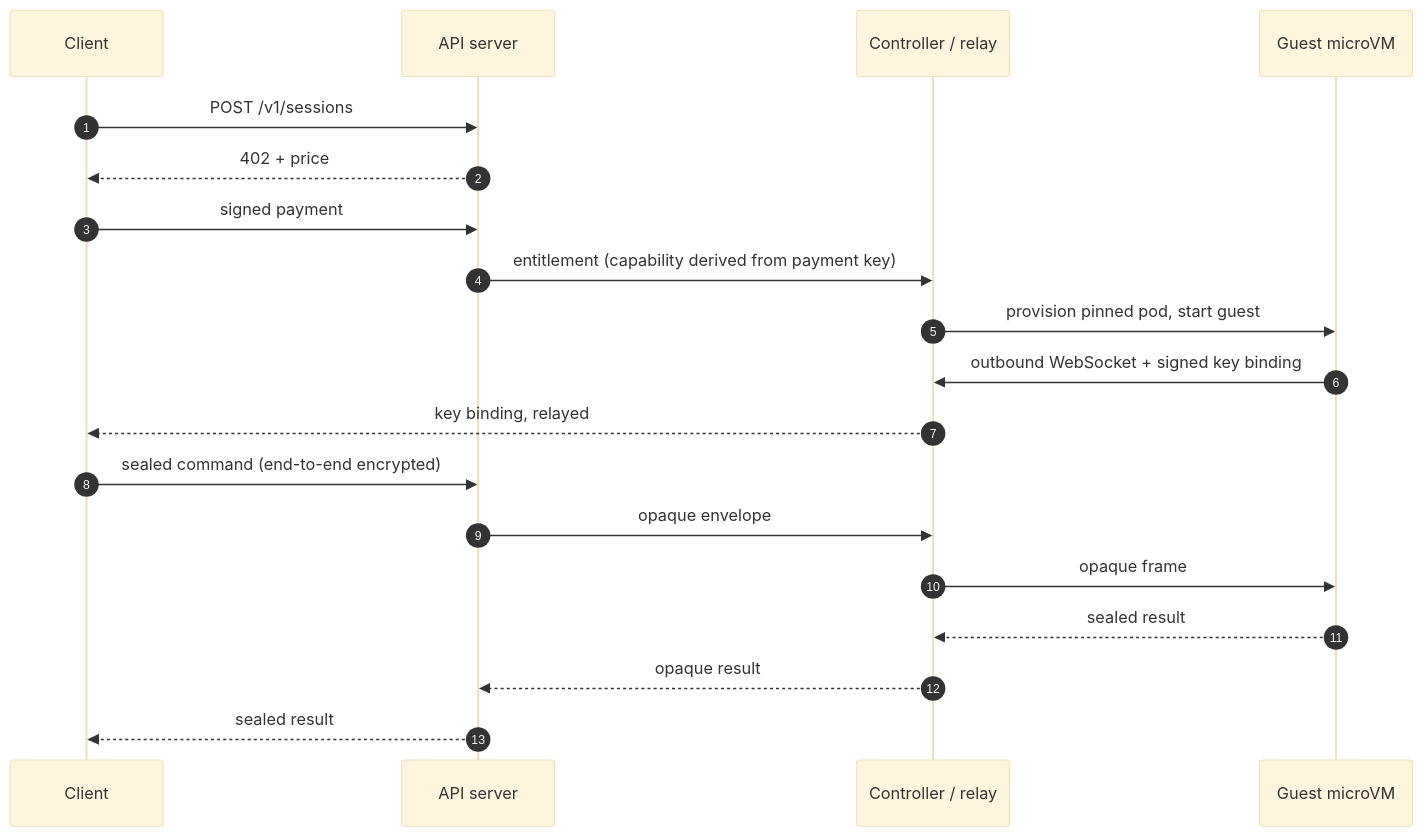
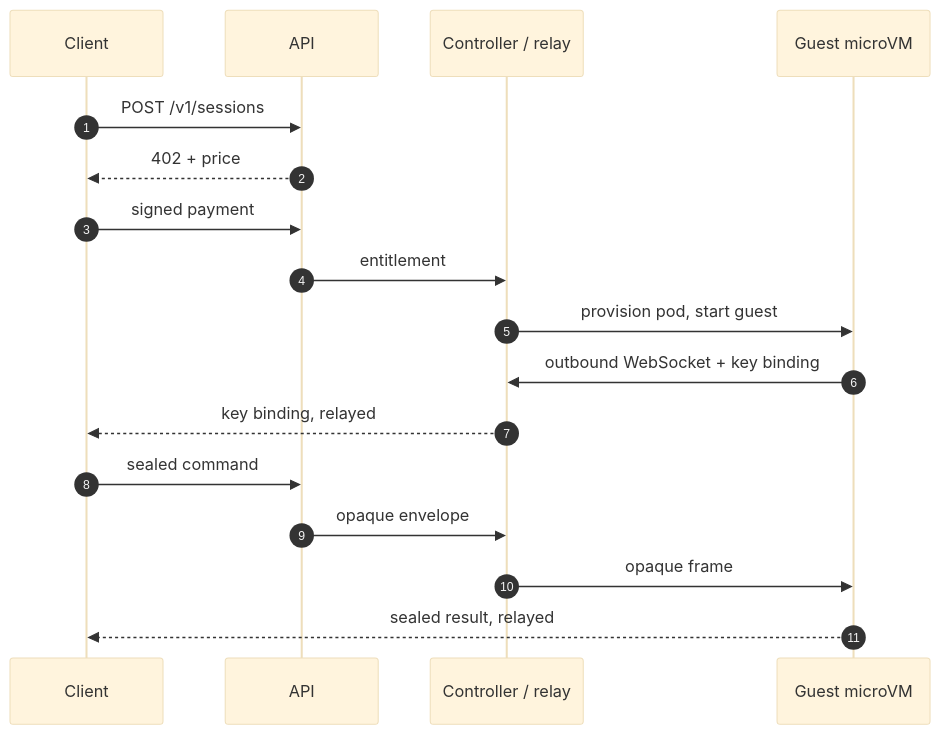
One commit to ejackson-vp/sandbox changed the diagram in README.md. Above: the diagram before and after it, drawn with Mermaid (base theme). The commit also changed other lines of this file and 8 other files, not shown here.

````diff
--- a/README.md
+++ b/README.md
@@ -76,22 +66,20 @@
 ```mermaid
 sequenceDiagram
     autonumber
     participant C as Client
-    participant A as API server
+    participant A as API
     participant K as Controller / relay
     participant G as Guest microVM
 
     C->>A: POST /v1/sessions
     A-->>C: 402 + price
     C->>A: signed payment
-    A->>K: entitlement (capability derived from payment key)
-    K->>G: provision pinned pod, start guest
-    G->>K: outbound WebSocket + signed key binding
+    A->>K: entitlement
+    K->>G: provision pod, start guest
+    G->>K: outbound WebSocket + key binding
     K-->>C: key binding, relayed
-    C->>A: sealed command (end-to-end encrypted)
+    C->>A: sealed command
     A->>K: opaque envelope
     K->>G: opaque frame
-    G-->>K: sealed result
-    K-->>A: opaque result
-    A-->>C: sealed result
+    G-->>C: sealed result, relayed
 ```
````
